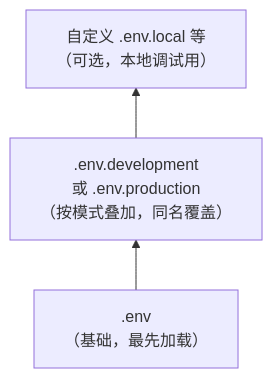
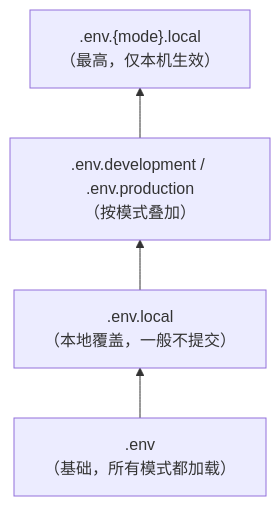
The diagram in src/config/前端配置.md (henhen6/mdp-docs), drawn with Mermaid before and after one commit. The commit also changed other lines of this file and 4 other files, not shown here.

````diff
--- a/src/config/前端配置.md
+++ b/src/config/前端配置.md
@@ -34,5 +34,6 @@
 ```mermaid
 flowchart BT
-    A[".env<br/>（基础，最先加载）"] --> B[".env.development<br/>或 .env.production<br/>（按模式叠加，同名覆盖）"]
-    B --> C["自定义 .env.local 等<br/>（可选，本地调试用）"]
+    A[".env<br/>（基础，所有模式都加载）"] --> B[".env.local<br/>（本地覆盖，一般不提交）"]
+    B --> C[".env.development / .env.production<br/>（按模式叠加）"]
+    C --> D[".env.{mode}.local<br/>（最高，仅本机生效）"]
 ```
````
